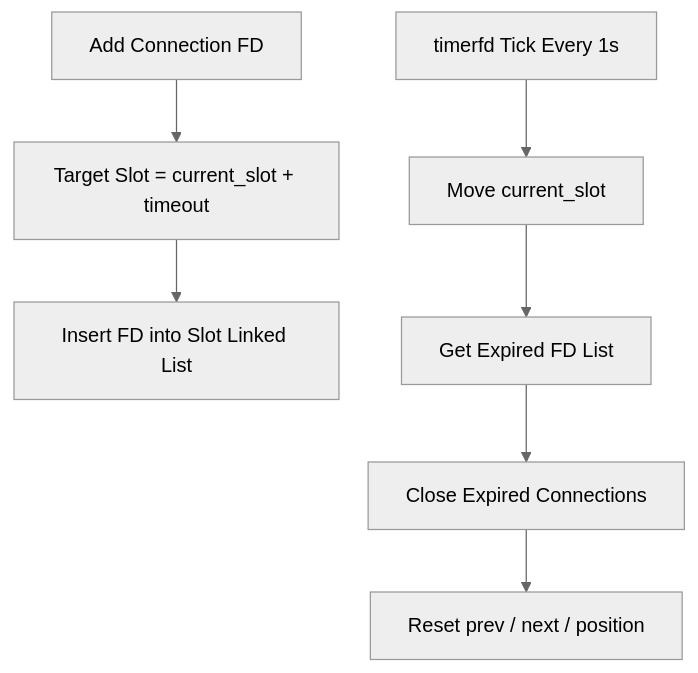
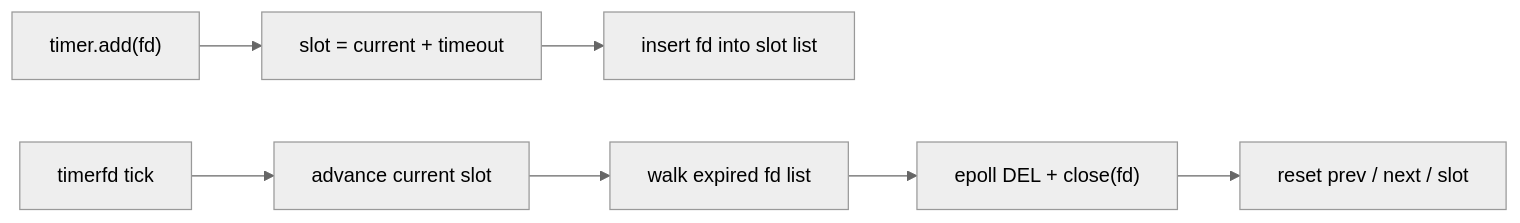
One commit to kangbaoH/VWebServer changed the fourth of 4 diagrams in README.md. Above: the diagram before and after it, drawn with Mermaid (neutral theme). The commit also changed other lines of this file and 2 other files, not shown here.

````diff
--- a/README.md
+++ b/README.md
@@ -270,10 +154,9 @@
 ```mermaid
-flowchart TD
-    Add[Add Connection FD] --> Slot[Target Slot = current_slot + timeout]
-    Slot --> List[Insert FD into Slot Linked List]
-
-    Tick[timerfd Tick Every 1s] --> Move[Move current_slot]
-    Move --> Expired[Get Expired FD List]
-    Expired --> CloseFd[Close Expired Connections]
-    CloseFd --> Clean[Reset prev / next / position]
+flowchart LR
+    Add["timer.add(fd)"] --> Slot["slot = current + timeout"]
+    Slot --> List["insert fd into slot list"]
+    Tick["timerfd tick"] --> Advance["advance current slot"]
+    Advance --> Expire["walk expired fd list"]
+    Expire --> Close["epoll DEL + close(fd)"]
+    Close --> Clean["reset prev / next / slot"]
 ```
````
